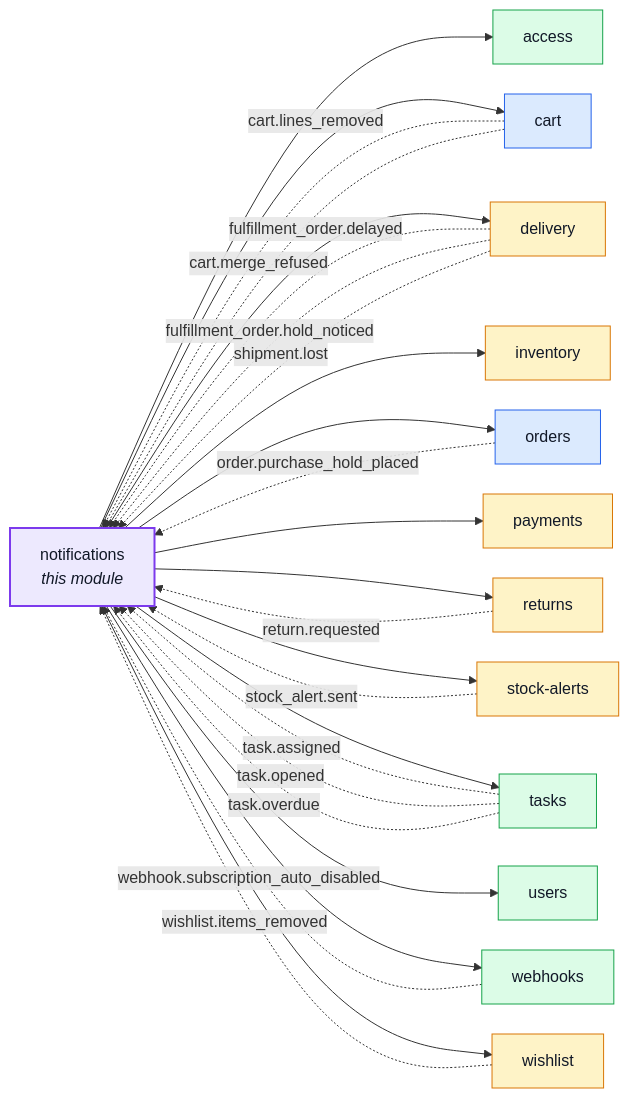
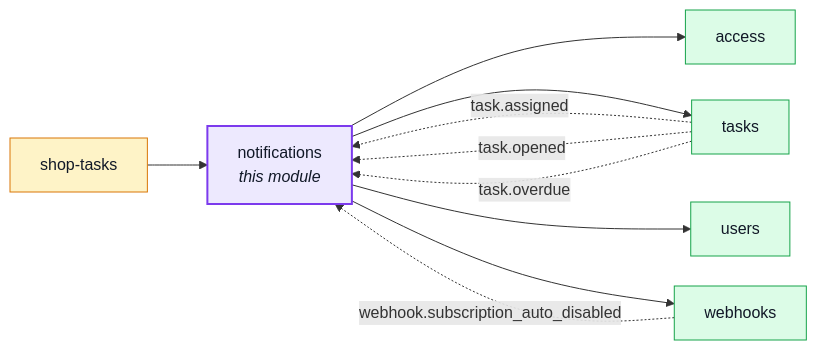
Before and after one commit to Guebbit/boilerplate-node-backend: the first of 4 diagrams in docs/modules/notifications.md, drawn with Mermaid. The commit also changed 107 other files, not shown here.

First line of the commit message:
refactor(shop-tasks): move the shop's to-dos and notices into their own module

````diff
--- a/docs/modules/notifications.md
+++ b/docs/modules/notifications.md
@@ -16,52 +16,28 @@
 ```mermaid
 %%{init: {'flowchart': {'nodeSpacing': 30, 'rankSpacing': 60}}}%%
 flowchart LR
     notifications["notifications<br/><i>this module</i>"]
     access["access"]
-    cart["cart"]
-    delivery["delivery"]
-    inventory["inventory"]
-    orders["orders"]
-    payments["payments"]
-    returns["returns"]
-    stock_alerts["stock-alerts"]
+    shop_tasks["shop-tasks"]
     tasks["tasks"]
     users["users"]
     webhooks["webhooks"]
-    wishlist["wishlist"]
 
+    shop_tasks --> notifications
     notifications --> access
-    notifications --> cart
-    notifications --> delivery
-    notifications --> inventory
-    notifications --> orders
-    notifications --> payments
-    notifications --> returns
-    notifications --> stock_alerts
     notifications --> tasks
     notifications --> users
     notifications --> webhooks
-    notifications --> wishlist
-    cart -. "cart.lines_removed" .-> notifications
-    cart -. "cart.merge_refused" .-> notifications
-    delivery -. "fulfillment_order.delayed" .-> notifications
-    delivery -. "fulfillment_order.hold_noticed" .-> notifications
-    delivery -. "shipment.lost" .-> notifications
-    orders -. "order.purchase_hold_placed" .-> notifications
-    returns -. "return.requested" .-> notifications
-    stock_alerts -. "stock_alert.sent" .-> notifications
     tasks -. "task.assigned" .-> notifications
     tasks -. "task.opened" .-> notifications
     tasks -. "task.overdue" .-> notifications
     webhooks -. "webhook.subscription_auto_disabled" .-> notifications
-    wishlist -. "wishlist.items_removed" .-> notifications
 
     classDef core fill:#dbeafe,stroke:#2563eb,color:#111827;
     classDef supporting fill:#fef3c7,stroke:#d97706,color:#111827;
     classDef generic fill:#dcfce7,stroke:#16a34a,color:#111827;
     classDef centre fill:#ede9fe,stroke:#7c3aed,stroke-width:2px,color:#111827;
-    class cart,orders core;
-    class delivery,inventory,payments,returns,stock_alerts,wishlist supporting;
+    class shop_tasks supporting;
     class access,tasks,users,webhooks generic;
     class notifications centre;
 ```
````
